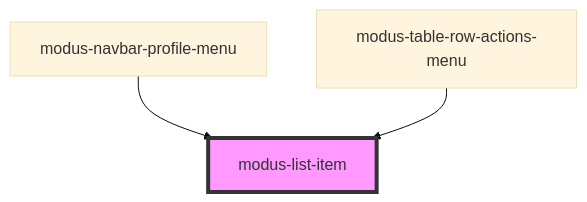
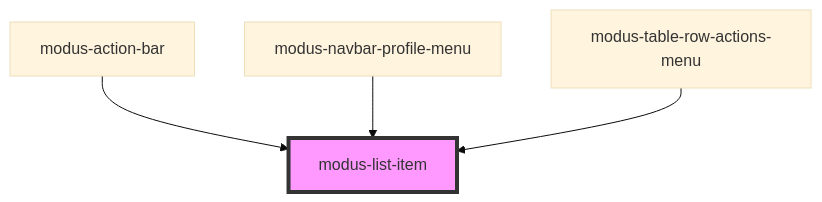
The diagram in stencil-workspace/src/components/modus-list-item/readme.md (trimble-oss/modus-web-components), drawn with Mermaid (base theme) before and after one commit. The commit also changed other lines of this file and 13 other files, not shown here.

````diff
--- a/stencil-workspace/src/components/modus-list-item/readme.md
+++ b/stencil-workspace/src/components/modus-list-item/readme.md
@@ -49,6 +51,7 @@
 ```mermaid
 graph TD;
+  modus-action-bar --> modus-list-item
   modus-navbar-profile-menu --> modus-list-item
   modus-table-row-actions-menu --> modus-list-item
   style modus-list-item fill:#f9f,stroke:#333,stroke-width:4px
 ```
````
